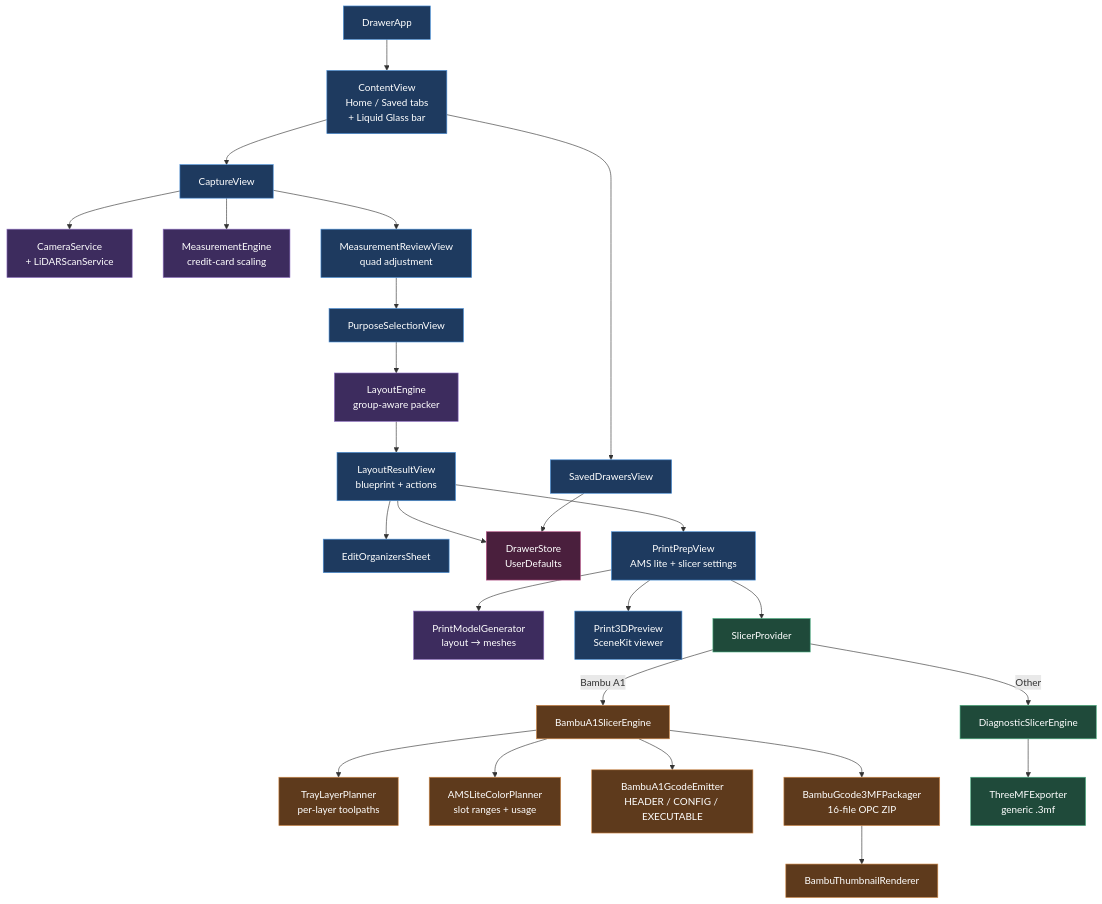
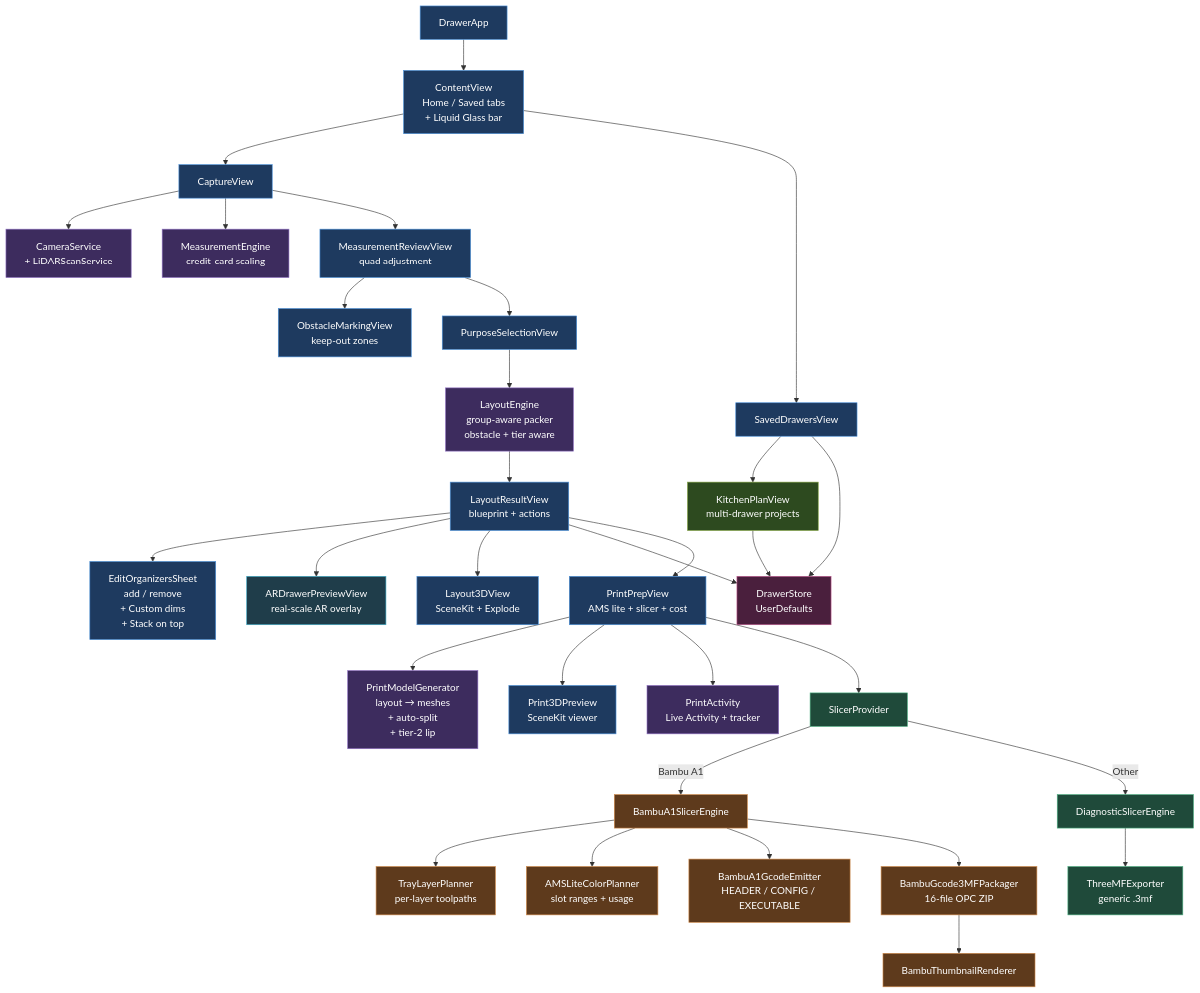
Before and after one commit to DrSk3l3t0r/Drawer: the diagram in docs/diagrams/01-architecture.mmd, drawn with Mermaid. The commit also changed 21 other files, not shown here.

First line of the commit message:
v0.2.0 — AR, stacking, kitchen plans, obstacles, custom modules, costs, live activity

```diff
--- a/docs/diagrams/01-architecture.mmd
+++ b/docs/diagrams/01-architecture.mmd
@@ -1,40 +1,49 @@
 flowchart TB
     classDef view fill:#1e3a5f,stroke:#4a90d9,color:#fff
     classDef engine fill:#3d2c5e,stroke:#8e6fc1,color:#fff
     classDef slicer fill:#1f4a3a,stroke:#4caf80,color:#fff
     classDef bambu fill:#5e3a1c,stroke:#d18a4a,color:#fff
     classDef data fill:#4a1f3d,stroke:#b85488,color:#fff
+    classDef ar fill:#1f3d4a,stroke:#3aa8c4,color:#fff
+    classDef kitchen fill:#2d4a1f,stroke:#80a040,color:#fff
 
     App[DrawerApp]:::view --> CV[ContentView<br/>Home / Saved tabs<br/>+ Liquid Glass bar]:::view
 
     CV --> Cap[CaptureView]:::view
     CV --> SD[SavedDrawersView]:::view
 
     Cap --> CS[CameraService<br/>+ LiDARScanService]:::engine
     Cap --> ME[MeasurementEngine<br/>credit-card scaling]:::engine
     Cap --> MR[MeasurementReviewView<br/>quad adjustment]:::view
 
+    MR --> OB[ObstacleMarkingView<br/>keep-out zones]:::view
     MR --> PS[PurposeSelectionView]:::view
-    PS --> LE[LayoutEngine<br/>group-aware packer]:::engine
+    PS --> LE[LayoutEngine<br/>group-aware packer<br/>obstacle + tier aware]:::engine
     LE --> LR[LayoutResultView<br/>blueprint + actions]:::view
 
-    LR --> ED[EditOrganizersSheet]:::view
+    LR --> ED[EditOrganizersSheet<br/>add / remove<br/>+ Custom dims<br/>+ Stack on top]:::view
+    LR --> AR[ARDrawerPreviewView<br/>real-scale AR overlay]:::ar
+    LR --> L3D[Layout3DView<br/>SceneKit + Explode]:::view
     LR --> DS[DrawerStore<br/>UserDefaults]:::data
-    LR --> PP[PrintPrepView<br/>AMS lite + slicer settings]:::view
+    LR --> PP[PrintPrepView<br/>AMS lite + slicer + cost]:::view
 
-    PP --> PMG[PrintModelGenerator<br/>layout → meshes]:::engine
+    SD --> KP[KitchenPlanView<br/>multi-drawer projects]:::kitchen
+    KP --> DS
+
+    PP --> PMG[PrintModelGenerator<br/>layout → meshes<br/>+ auto-split<br/>+ tier-2 lip]:::engine
     PP --> P3D[Print3DPreview<br/>SceneKit viewer]:::view
+    PP --> PA[PrintActivity<br/>Live Activity + tracker]:::engine
     PP --> SP[SlicerProvider]:::slicer
 
     SP -->|Bambu A1| BSE[BambuA1SlicerEngine]:::bambu
     SP -->|Other| DSE[DiagnosticSlicerEngine]:::slicer
 
     BSE --> TLP[TrayLayerPlanner<br/>per-layer toolpaths]:::bambu
     BSE --> ACP[AMSLiteColorPlanner<br/>slot ranges + usage]:::bambu
     BSE --> BGE[BambuA1GcodeEmitter<br/>HEADER / CONFIG / EXECUTABLE]:::bambu
     BSE --> BPK[BambuGcode3MFPackager<br/>16-file OPC ZIP]:::bambu
     BPK --> BTR[BambuThumbnailRenderer]:::bambu
 
     DSE --> TME[ThreeMFExporter<br/>generic .3mf]:::slicer
 
     SD --> DS
```
